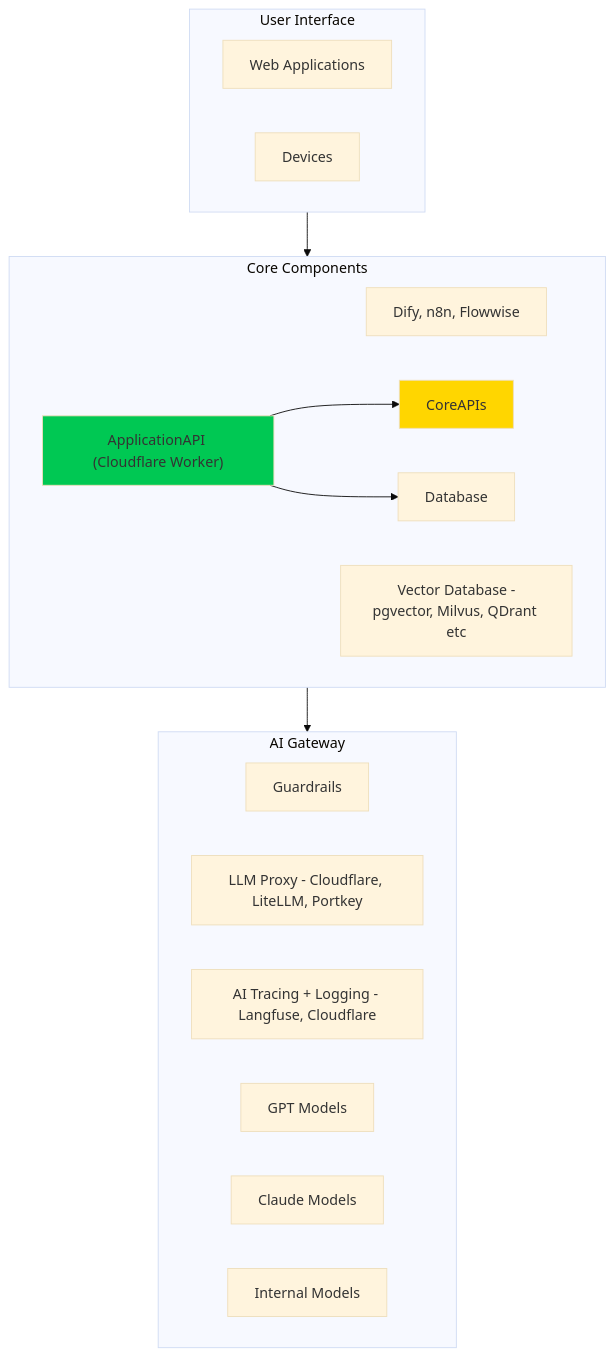
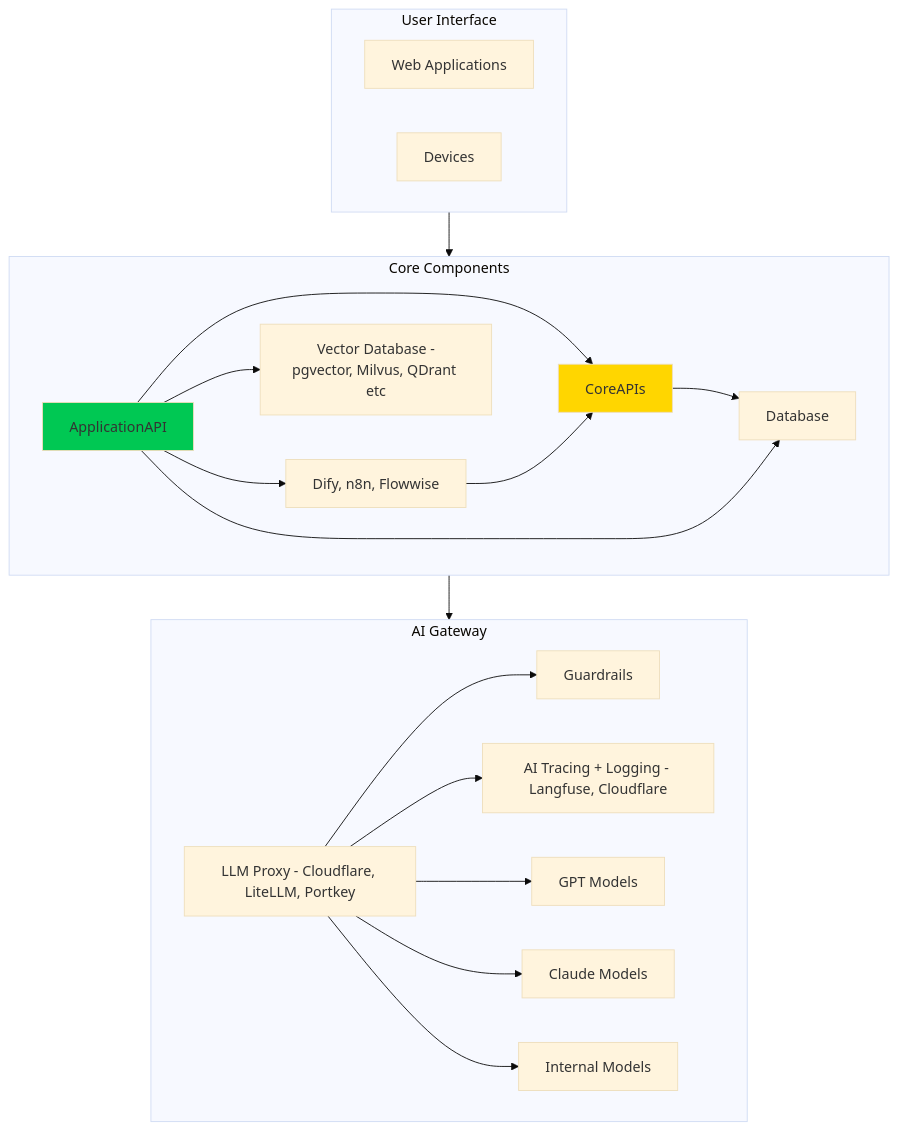
Before and after one commit to PrathyushaShetty/Marketing-Multi-Agent-System-with-Adaptive-Memory: the first of 3 diagrams in design.md, drawn with Mermaid (base theme).

````diff
--- a/design.md
+++ b/design.md
@@ -14,33 +14,32 @@
 ```mermaid
-flowchart TB
-  subgraph UX["User Interface"]
-    Web["Web Applications"]
-    Devices["Devices"]
-  end
+flowchart 
+    subgraph UX[User Interface]
+        Web[Web Applications]
+        Devices[Devices]
+    end
 
-  subgraph Core["Core Components"]
-    Orchestrator["Dify, n8n, Flowwise"]
-    ApplicationAPI["ApplicationAPI (Cloudflare Worker)"]
-    CoreAPIs["CoreAPIs"]
-    VDB["Vector Database -pgvector, Milvus, QDrant etc"]
-    Database["Database"]
-  end
+    subgraph Core[Core Components]
+        ApplicationAPI --> Orchestrator[Dify, n8n, Flowwise]
+        ApplicationAPI --> CoreAPIs
+        ApplicationAPI --> VDB[Vector Database -pgvector, Milvus, QDrant etc]
+        Orchestrator --> CoreAPIs
+        CoreAPIs --> Database
+        ApplicationAPI --> Database
+    end
 
-  subgraph Gateway["AI Gateway"]
-    Guardrails["Guardrails"]
-    LP["LLM Proxy - Cloudflare, LiteLLM, Portkey"]
-    Tracing["AI Tracing + Logging - Langfuse, Cloudflare"]
-    OpenAI["GPT Models"]
-    Anthropic["Claude Models"]
-    Internal["Internal Models"]
-  end
+    UX --> Core
 
-  UX --> Core
-  ApplicationAPI --> CoreAPIs
-  ApplicationAPI --> Database
-  Core --> Gateway
+    subgraph Gateway[AI Gateway]
+        LP[LLM Proxy - Cloudflare, LiteLLM, Portkey] --> Guardrails[Guardrails]
+        LP --> Tracing[AI Tracing + Logging - Langfuse, Cloudflare]
+        LP --> OpenAI[GPT Models]
+        LP --> Anthropic[Claude Models]
+        LP --> Internal[Internal Models]
+end
+
+    Core --> Gateway
 
   %% Highlights
   style ApplicationAPI fill:#00C853
   style CoreAPIs fill:#FFD600
 ```
````
